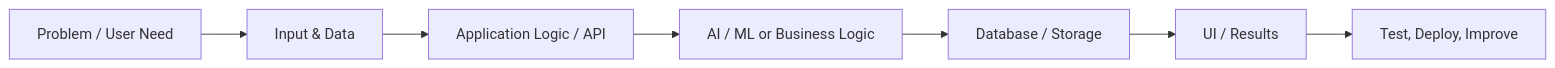
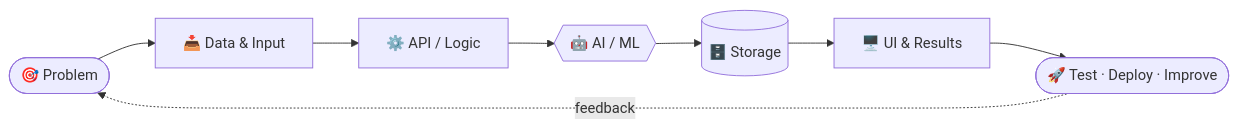
One commit to nvaltryek-001/nvaltryek-001 changed the diagram in README.md. Above: the diagram before and after it, drawn with Mermaid. The commit also changed other lines of this file and 1 other file, not shown here.

````diff
--- a/README.md
+++ b/README.md
@@ -198,9 +232,10 @@
 ```mermaid
 flowchart LR
-    A[Problem / User Need] --> B[Input & Data]
-    B --> C[Application Logic / API]
-    C --> D[AI / ML or Business Logic]
-    D --> E[Database / Storage]
-    E --> F[UI / Results]
-    F --> G[Test, Deploy, Improve]
+    A([🎯 Problem]) --> B[📥 Data & Input]
+    B --> C[⚙️ API / Logic]
+    C --> D{{🤖 AI / ML}}
+    D --> E[(🗄️ Storage)]
+    E --> F[🖥️ UI & Results]
+    F --> G([🚀 Test · Deploy · Improve])
+    G -. feedback .-> A
 ```
````
